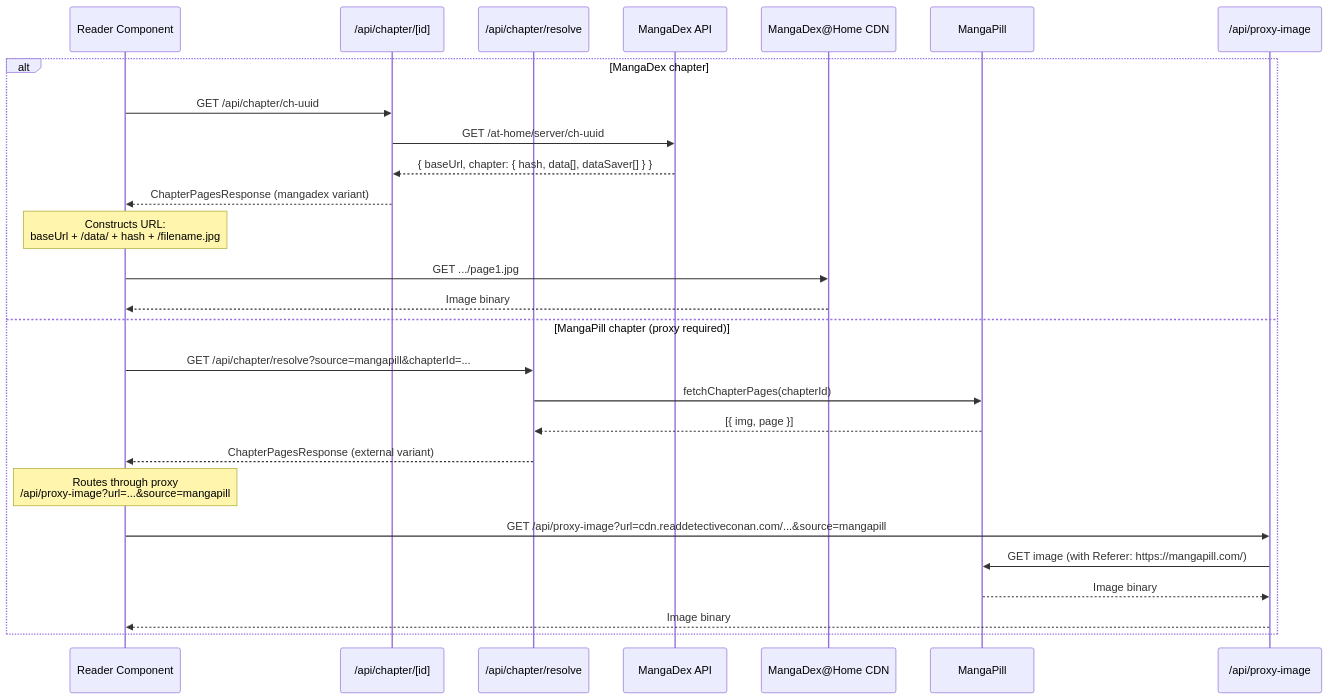
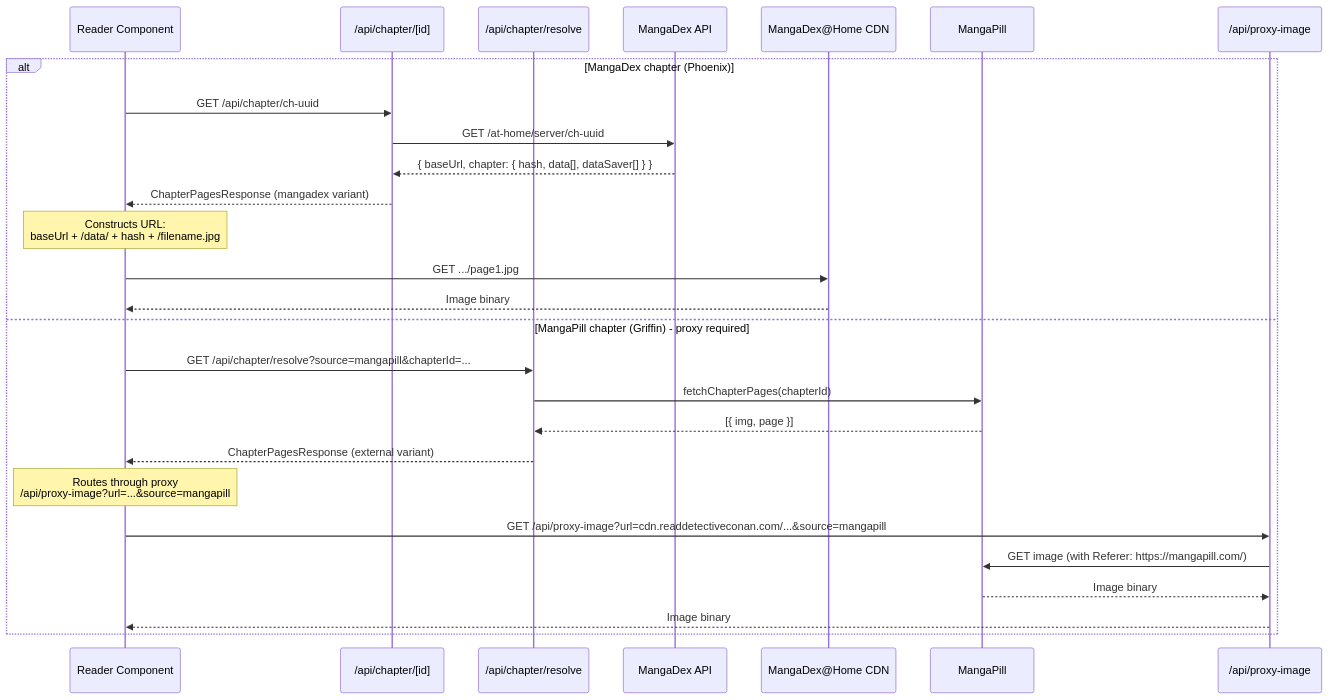
Before and after one commit to FluxoGen/tanso: the sixth of 8 diagrams in docs/ARCHITECTURE.md, drawn with Mermaid. The commit also changed other lines of this file and 43 other files, not shown here.

````diff
--- a/docs/ARCHITECTURE.md
+++ b/docs/ARCHITECTURE.md
@@ -219,30 +306,31 @@
 ```mermaid
 sequenceDiagram
     participant Client as Reader Component
     participant API as /api/chapter/[id]
     participant Resolve as /api/chapter/resolve
     participant MD as MangaDex API
     participant CDN as MangaDex@Home CDN
     participant MP as MangaPill
     participant Proxy as /api/proxy-image
 
-    alt MangaDex chapter
+    alt MangaDex chapter (Phoenix)
         Client->>API: GET /api/chapter/ch-uuid
         API->>MD: GET /at-home/server/ch-uuid
         MD-->>API: { baseUrl, chapter: { hash, data[], dataSaver[] } }
         API-->>Client: ChapterPagesResponse (mangadex variant)
         Note over Client: Constructs URL:<br/>baseUrl + /data/ + hash + /filename.jpg
         Client->>CDN: GET .../page1.jpg
         CDN-->>Client: Image binary
-    else MangaPill chapter (proxy required)
+
+    else MangaPill chapter (Griffin) - proxy required
         Client->>Resolve: GET /api/chapter/resolve?source=mangapill&chapterId=...
         Resolve->>MP: fetchChapterPages(chapterId)
         MP-->>Resolve: [{ img, page }]
         Resolve-->>Client: ChapterPagesResponse (external variant)
         Note over Client: Routes through proxy<br/>/api/proxy-image?url=...&source=mangapill
         Client->>Proxy: GET /api/proxy-image?url=cdn.readdetectiveconan.com/...&source=mangapill
         Proxy->>MP: GET image (with Referer: https://mangapill.com/)
         MP-->>Proxy: Image binary
         Proxy-->>Client: Image binary
     end
 ```
````
